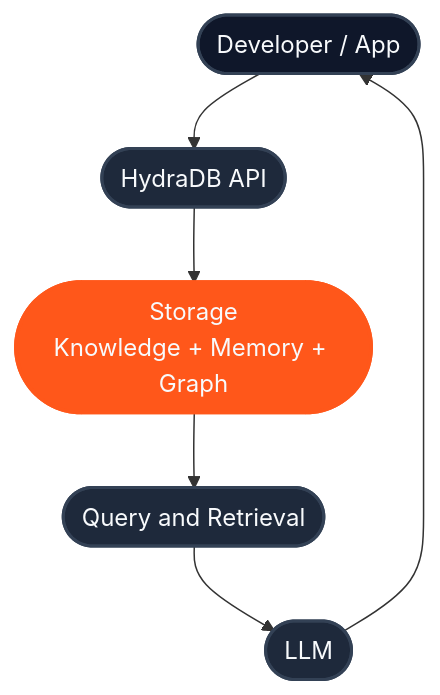
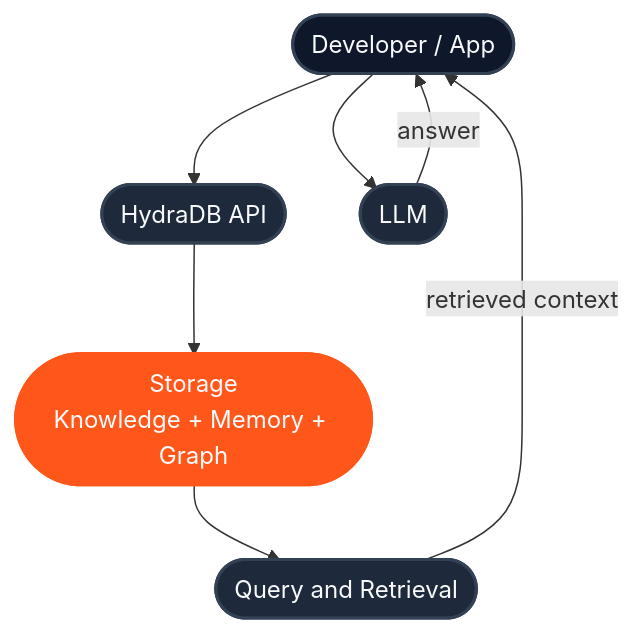
One commit to hydra-db/mintlify-docs changed the fourth of 4 diagrams in get-started/v2/developer-journey.mdx. Above: the diagram before and after it, drawn with Mermaid. The commit also changed other lines of this file, not shown here.

First line of the commit message:
docs: fix architecture diagrams and SDK examples per review

````diff
--- a/get-started/v2/developer-journey.mdx
+++ b/get-started/v2/developer-journey.mdx
@@ -166,14 +167,15 @@
 ```mermaid
 flowchart TD
   Dev([Developer / App]) --> API([HydraDB API])
   API --> Storage([Storage\nKnowledge + Memory + Graph])
   Storage --> Retrieval([Query and Retrieval])
-  Retrieval --> LLM([LLM])
-  LLM --> Dev
+  Retrieval -->|"retrieved context"| Dev
+  Dev --> LLM([LLM])
+  LLM -->|"answer"| Dev
 
   style Dev fill:#0f172a,stroke:#334155,stroke-width:2px,color:#f8fafc,stroke-linecap:round
   style API fill:#1e293b,stroke:#334155,stroke-width:2px,color:#f8fafc,stroke-linecap:round
   style Storage fill:#FF571A,stroke:#FF571A,stroke-width:2.5px,color:#f8fafc,stroke-linecap:round
   style Retrieval fill:#1e293b,stroke:#334155,stroke-width:2px,color:#f8fafc,stroke-linecap:round
   style LLM fill:#1e293b,stroke:#334155,stroke-width:2px,color:#f8fafc,stroke-linecap:round
 ```
````
